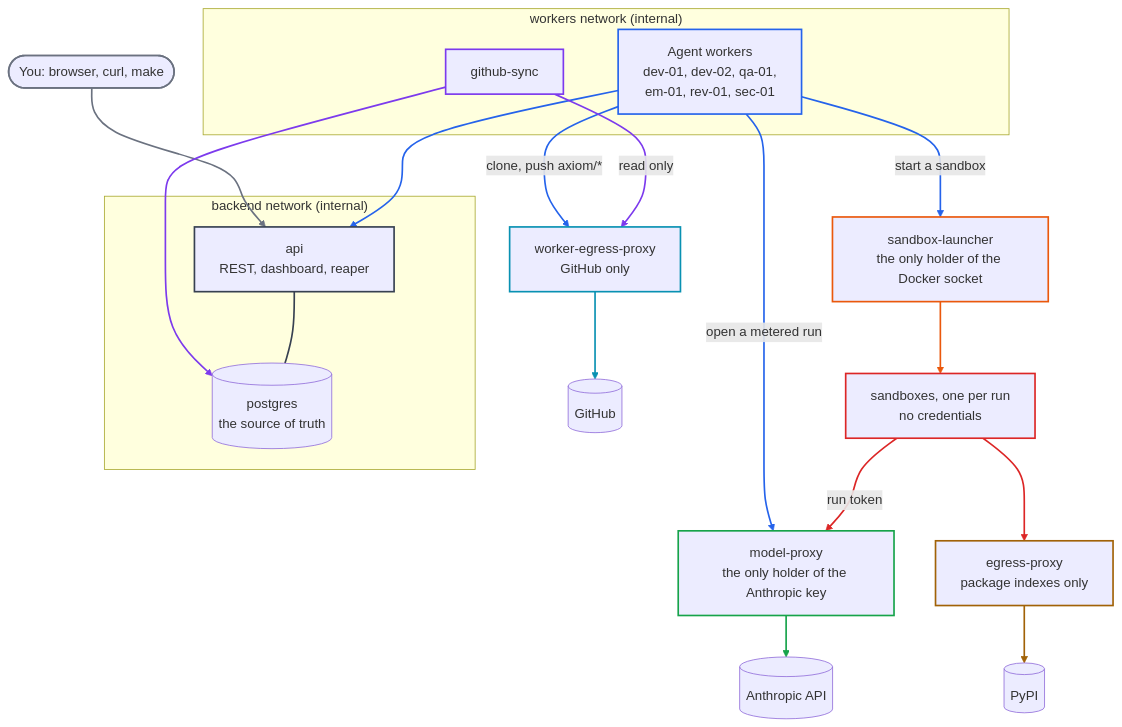
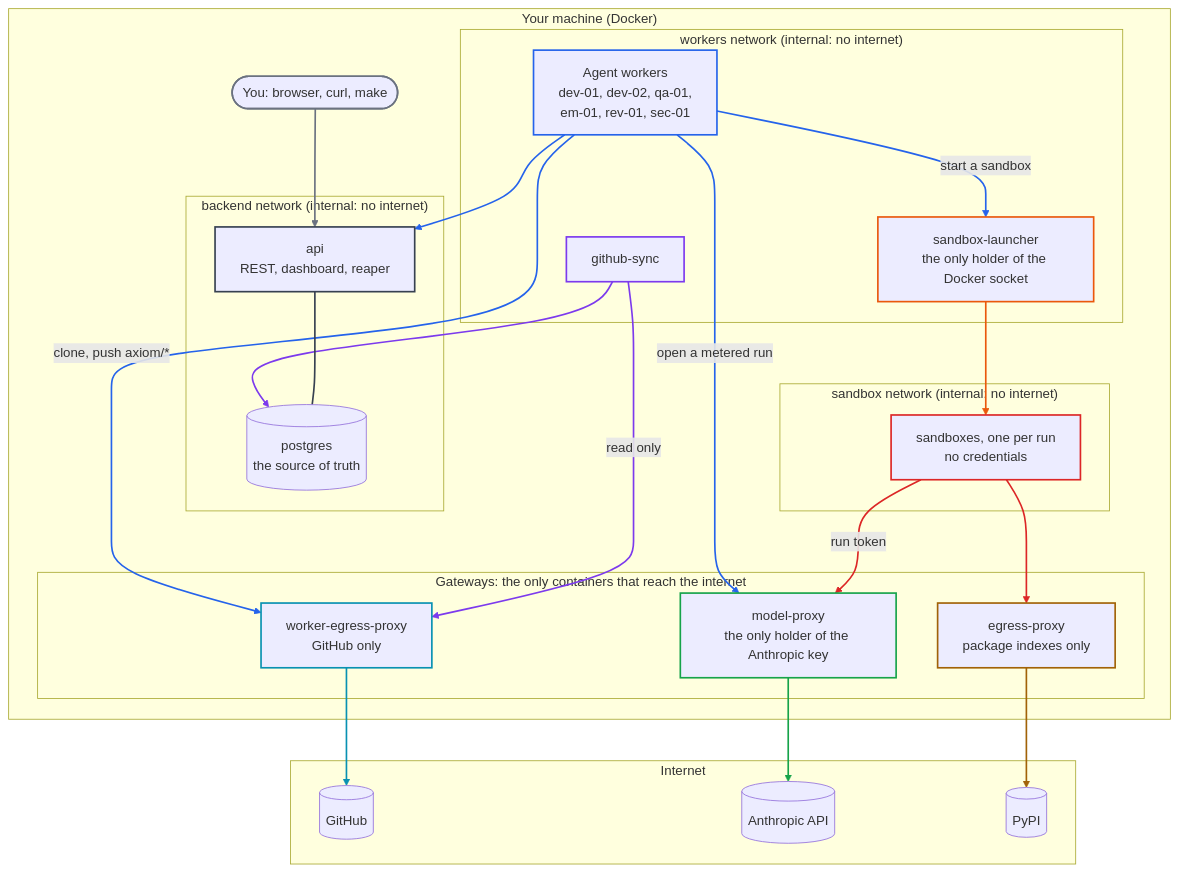
One commit to bharathcmbox/axiom changed the diagram in docs/admin-guide.md. Above: the diagram before and after it, drawn with Mermaid. The commit also changed other lines of this file, not shown here.

Commit message:
Admin guide: put the machine, network and internet boundaries back
The colour-coded diagram had lost them. Now: your machine around
everything local; the backend, workers and sandbox networks (internal,
no internet); the three gateways as the only containers that reach the
internet; GitHub, Anthropic and PyPI outside. A note says which services
join more than one network. Arrows and colours unchanged.

````diff
--- a/docs/admin-guide.md
+++ b/docs/admin-guide.md
@@ -11,63 +11,71 @@
 ```mermaid
 flowchart TB
-    you(["You: browser, curl, make"])
-    subgraph backend["backend network (internal)"]
-        api["api<br/>REST, dashboard, reaper"]
-        db[("postgres<br/>the source of truth")]
+    subgraph host["Your machine (Docker)"]
+        you(["You: browser, curl, make"])
+        subgraph backend["backend network (internal: no internet)"]
+            api["api<br/>REST, dashboard, reaper"]
+            db[("postgres<br/>the source of truth")]
+        end
+        subgraph workers["workers network (internal: no internet)"]
+            w["Agent workers<br/>dev-01, dev-02, qa-01,<br/>em-01, rev-01, sec-01"]
+            sync["github-sync"]
+            la["sandbox-launcher<br/>the only holder of the Docker socket"]
+        end
+        subgraph sandbox["sandbox network (internal: no internet)"]
+            sb["sandboxes, one per run<br/>no credentials"]
+        end
+        subgraph gateways["Gateways: the only containers that reach the internet"]
+            mp["model-proxy<br/>the only holder of the Anthropic key"]
+            wp["worker-egress-proxy<br/>GitHub only"]
+            sp["egress-proxy<br/>package indexes only"]
+        end
     end
-    subgraph workers["workers network (internal)"]
-        w["Agent workers<br/>dev-01, dev-02, qa-01,<br/>em-01, rev-01, sec-01"]
-        sync["github-sync"]
+    subgraph internet["Internet"]
+        gh[(GitHub)]
+        an[(Anthropic API)]
+        pypi[(PyPI)]
     end
-    la["sandbox-launcher<br/>the only holder of the Docker socket"]
-    sb["sandboxes, one per run<br/>no credentials"]
-    mp["model-proxy<br/>the only holder of the Anthropic key"]
-    wp["worker-egress-proxy<br/>GitHub only"]
-    sp["egress-proxy<br/>package indexes only"]
-    gh[(GitHub)]
-    an[(Anthropic API)]
-    pypi[(PyPI)]
 
     you --> api
     w --> api
     w -->|"start a sandbox"| la
     w -->|"open a metered run"| mp
     w -->|"clone, push axiom/*"| wp
     sync --> db
     sync -->|"read only"| wp
     api --- db
     la --> sb
     sb -->|"run token"| mp
     sb --> sp
     mp --> an
     wp --> gh
     sp --> pypi
 
     classDef you stroke:#6b7280,stroke-width:2px
     classDef worker stroke:#2563eb,stroke-width:2px
     classDef sync stroke:#7c3aed,stroke-width:2px
     classDef api stroke:#374151,stroke-width:2px
     classDef launcher stroke:#ea580c,stroke-width:2px
     classDef sandbox stroke:#dc2626,stroke-width:2px
     classDef model stroke:#16a34a,stroke-width:2px
     classDef wproxy stroke:#0891b2,stroke-width:2px
     classDef sproxy stroke:#a16207,stroke-width:2px
     class you you
     class w worker
     class sync sync
     class api api
     class la launcher
     class sb sandbox
     class mp model
     class wp wproxy
     class sp sproxy
     linkStyle 0 stroke:#6b7280,stroke-width:2px
     linkStyle 1,2,3,4 stroke:#2563eb,stroke-width:2px
     linkStyle 5,6 stroke:#7c3aed,stroke-width:2px
     linkStyle 7 stroke:#374151,stroke-width:2px
     linkStyle 8 stroke:#ea580c,stroke-width:2px
     linkStyle 9,10 stroke:#dc2626,stroke-width:2px
     linkStyle 11 stroke:#16a34a,stroke-width:2px
     linkStyle 12 stroke:#0891b2,stroke-width:2px
     linkStyle 13 stroke:#a16207,stroke-width:2px
 ```
````
